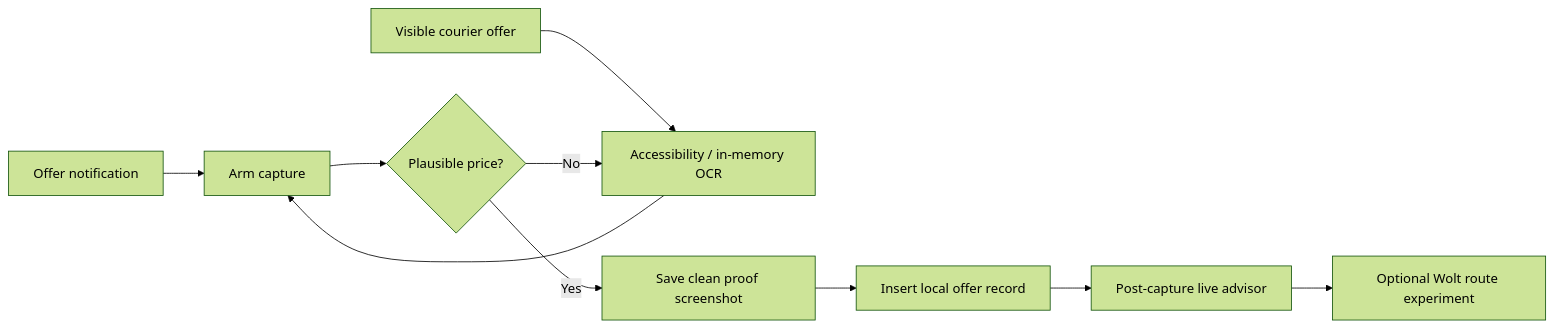
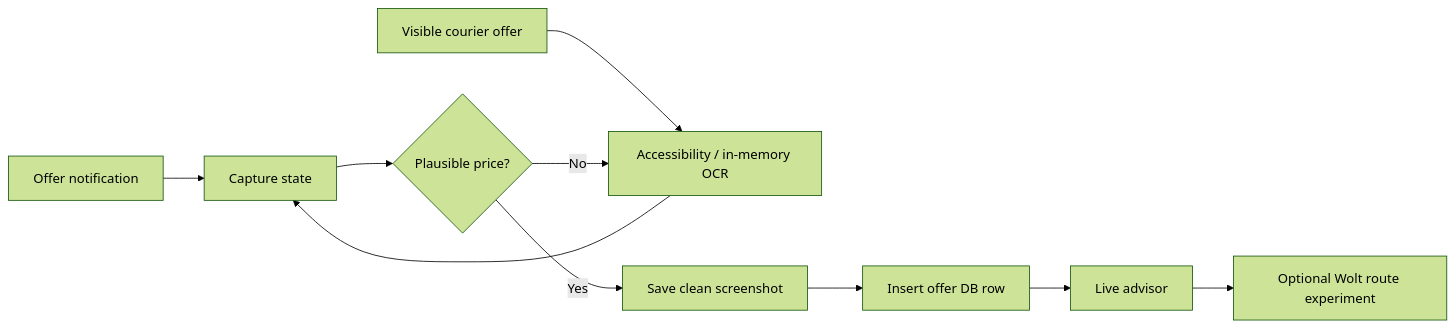
The diagram in README.md (Bl0ck154/CourierPilot), drawn with Mermaid (forest theme) before and after one commit. The commit also changed other lines of this file, not shown here.

Commit message:
docs: clarify geocoder privacy and live-route boundaries

````diff
--- a/README.md
+++ b/README.md
@@ -46,12 +40,12 @@
 ```mermaid
 flowchart LR
-    A[Offer notification] --> C[Arm capture]
+    A[Offer notification] --> C[Capture state]
     B[Visible courier offer] --> D[Accessibility / in-memory OCR]
     D --> C
     C --> E{Plausible price?}
     E -- No --> D
-    E -- Yes --> F[Save clean proof screenshot]
-    F --> G[Insert local offer record]
-    G --> H[Post-capture live advisor]
+    E -- Yes --> F[Save clean screenshot]
+    F --> G[Insert offer DB row]
+    G --> H[Live advisor]
     H --> I[Optional Wolt route experiment]
 ```
````
